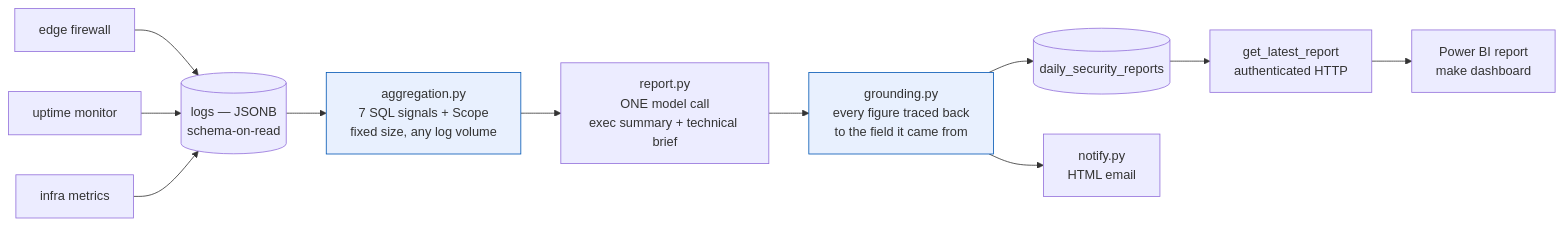
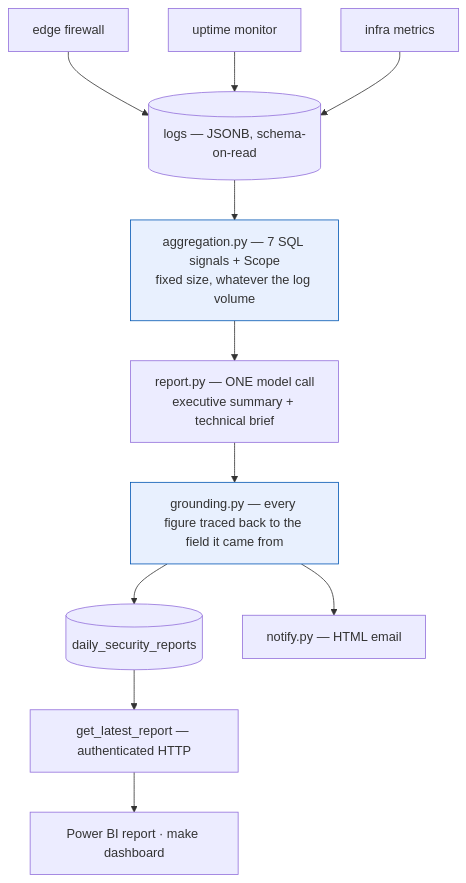
Before and after one commit to maevezhang0129/cybersum-cti: the diagram in README.md, drawn with Mermaid.

Commit message:
Lay the diagram out top-down so nothing hides under the zoom controls
GitHub renders mermaid in a viewscreen iframe with pan and zoom controls
pinned to the right edge. A seven-column left-to-right flow overran the
container and put the Power BI node underneath them -- the one node the
diagram was extended to show.

````diff
--- a/README.md
+++ b/README.md
@@ -12,16 +12,17 @@
 ```mermaid
-flowchart LR
+flowchart TB
   FW["edge firewall"] --> DB
   UP["uptime monitor"] --> DB
   AZ["infra metrics"] --> DB
-  DB[("logs — JSONB<br/>schema-on-read")] --> AGG
-  AGG["aggregation.py<br/>7 SQL signals + Scope<br/>fixed size, any log volume"] --> LLM
-  LLM["report.py<br/>ONE model call<br/>exec summary + technical brief"] --> GR
-  GR["grounding.py<br/>every figure traced back<br/>to the field it came from"] --> ST
-  GR --> MAIL["notify.py<br/>HTML email"]
-  ST[("daily_security_reports")] --> API["get_latest_report<br/>authenticated HTTP"]
-  API --> BI["Power BI report<br/>make dashboard"]
+  DB[("logs — JSONB, schema-on-read")] --> AGG
+  AGG["aggregation.py — 7 SQL signals + Scope<br/>fixed size, whatever the log volume"] --> LLM
+  LLM["report.py — ONE model call<br/>executive summary + technical brief"] --> GR
+  GR["grounding.py — every figure traced back to the field it came from"]
+  GR --> ST[("daily_security_reports")]
+  GR --> MAIL["notify.py — HTML email"]
+  ST --> API["get_latest_report — authenticated HTTP"]
+  API --> BI["Power BI report · make dashboard"]
 
   style AGG fill:#e8f0fe,stroke:#0056b3
   style GR fill:#e8f0fe,stroke:#0056b3
 ```
````
